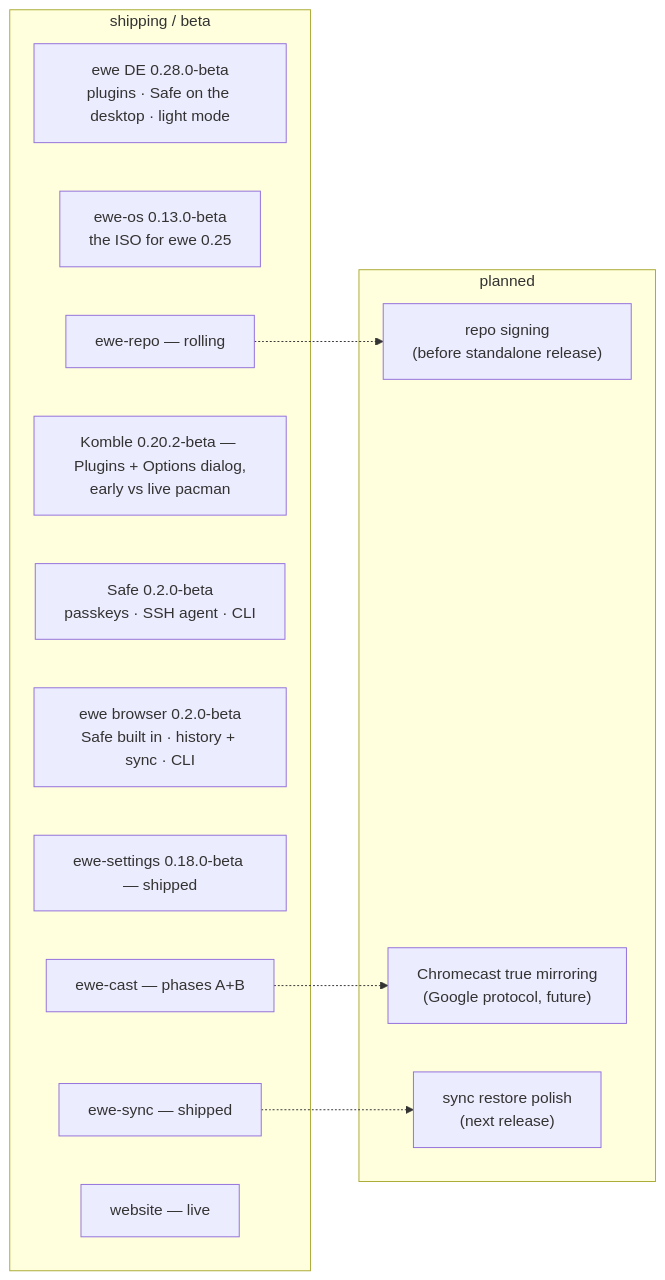
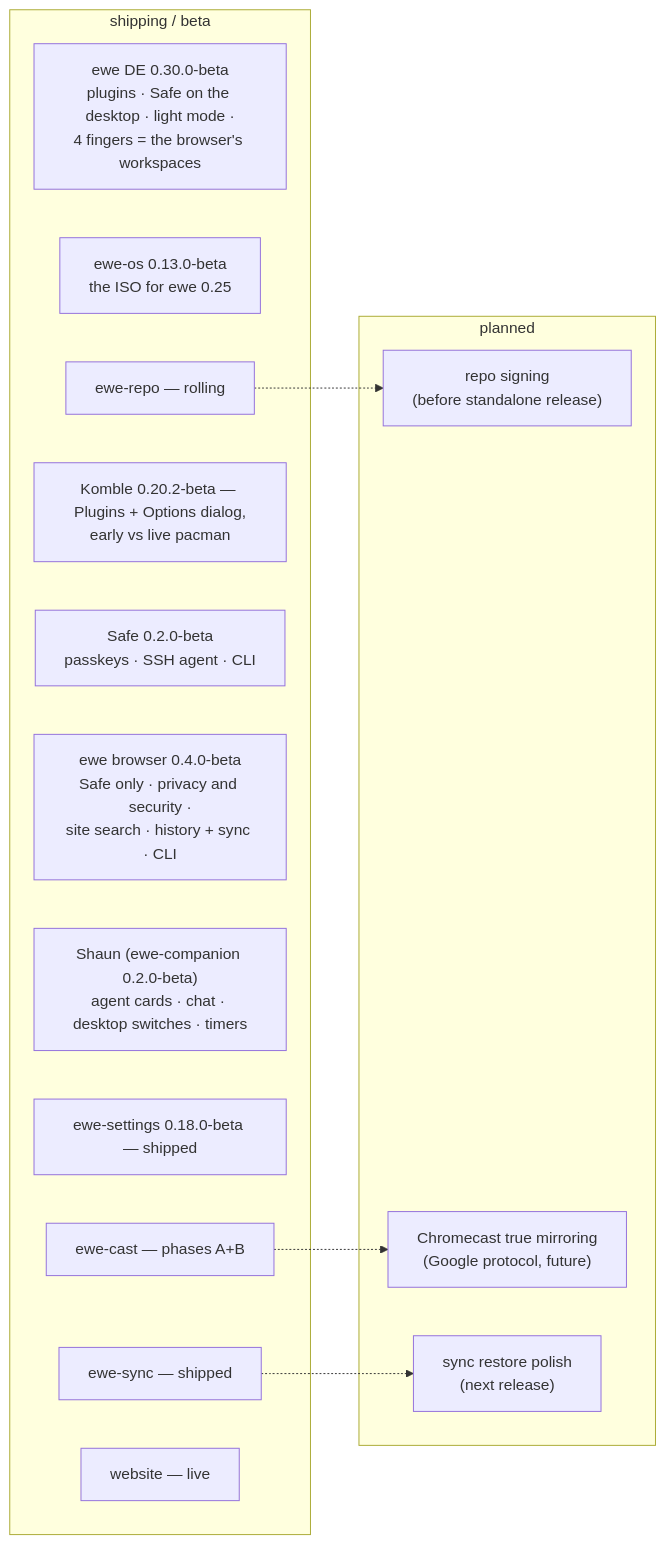
The diagram in 01-Overview/Roadmap and Status.md (prj786/ewe-map), drawn with Mermaid before and after one commit. The commit also changed other lines of this file and 23 other files, not shown here.

First line of the commit message:
release: ewe browser 0.4.0-beta, ewe-companion 0.2.0/0.2.1-beta, ewe 0.30.0-beta — wave 2 (2026-10-18)

````diff
--- a/01-Overview/Roadmap and Status.md
+++ b/01-Overview/Roadmap and Status.md
@@ -198,23 +225,24 @@
 ```mermaid
 flowchart LR
     subgraph shipping["shipping / beta"]
-        EWE["ewe DE 0.28.0-beta<br/>plugins · Safe on the desktop · light mode"]
+        EWE["ewe DE 0.30.0-beta<br/>plugins · Safe on the desktop · light mode ·<br/>4 fingers = the browser's workspaces"]
         OS["ewe-os 0.13.0-beta<br/>the ISO for ewe 0.25"]
         REPO["ewe-repo — rolling"]
         K["Komble 0.20.2-beta — Plugins + Options dialog,<br/>early vs live pacman"]
         SAFE["Safe 0.2.0-beta<br/>passkeys · SSH agent · CLI"]
-        BR["ewe browser 0.2.0-beta<br/>Safe built in · history + sync · CLI"]
+        BR["ewe browser 0.4.0-beta<br/>Safe only · privacy and security ·<br/>site search · history + sync · CLI"]
+        SHAUN["Shaun (ewe-companion 0.2.0-beta)<br/>agent cards · chat · desktop switches · timers"]
         S["ewe-settings 0.18.0-beta — shipped"]
         SY["ewe-sync — shipped"]
         CAST["ewe-cast — phases A+B"]
         WEB["website — live"]
     end
     subgraph planned["planned"]
         SIGN["repo signing<br/>(before standalone release)"]
         MIRROR["Chromecast true mirroring<br/>(Google protocol, future)"]
         REST["sync restore polish<br/>(next release)"]
     end
     REPO -.-> SIGN
     CAST -.-> MIRROR
     SY -.-> REST
 ```
````
